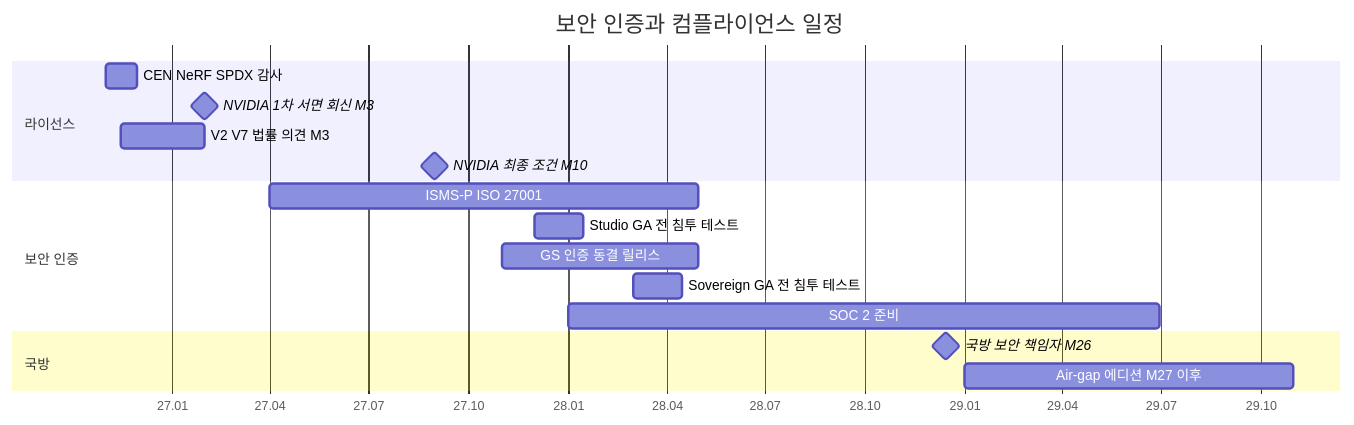
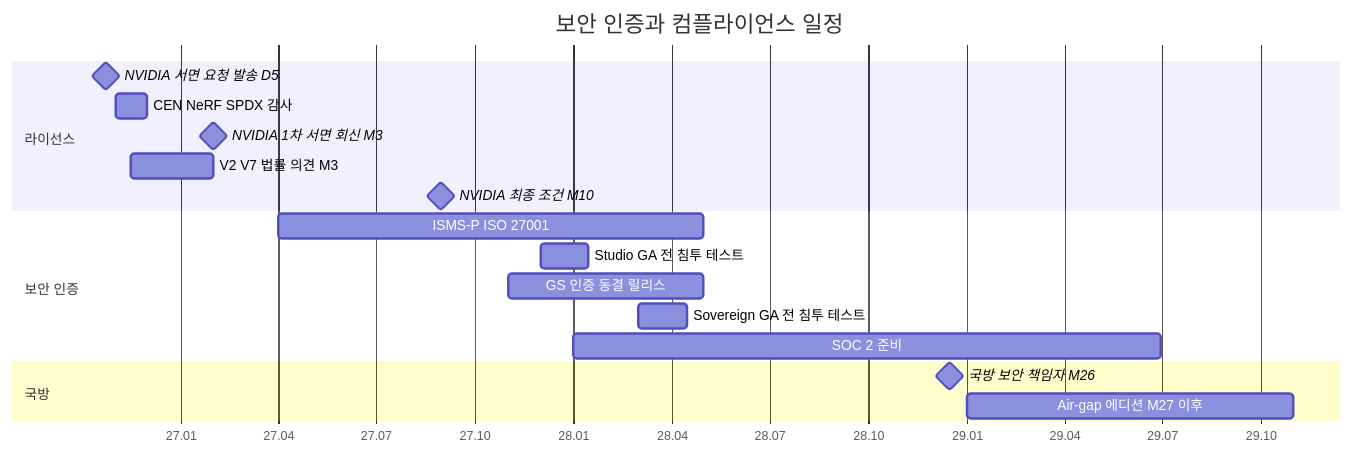
Before and after one commit to ouremployeeces-ship-it/AIResearch: the fourth of 4 diagrams in docs/digital-twin-platform/11-risk-kpi-compliance.md, drawn with Mermaid. The commit also changed other lines of this file and 14 other files, not shown here.

````diff
--- a/docs/digital-twin-platform/11-risk-kpi-compliance.md
+++ b/docs/digital-twin-platform/11-risk-kpi-compliance.md
@@ -415,20 +447,21 @@
 ```mermaid
 gantt
     title 보안 인증과 컴플라이언스 일정
     dateFormat YYYY-MM-DD
     axisFormat %y.%m
     section 라이선스
+    NVIDIA 서면 요청 발송 D5         :milestone, l0, 2026-10-23, 0d
     CEN NeRF SPDX 감사              :l1, 2026-11-01, 2026-11-30
     NVIDIA 1차 서면 회신 M3          :milestone, l2, 2027-01-31, 0d
     V2 V7 법률 의견 M3               :l3, 2026-11-15, 2027-01-31
     NVIDIA 최종 조건 M10             :milestone, l4, 2027-08-31, 0d
     section 보안 인증
     ISMS-P ISO 27001                 :s1, 2027-04-01, 2028-04-30
     Studio GA 전 침투 테스트         :s2, 2027-12-01, 2028-01-15
     GS 인증 동결 릴리스              :s3, 2027-11-01, 2028-04-30
     Sovereign GA 전 침투 테스트      :s4, 2028-03-01, 2028-04-15
     SOC 2 준비                       :s5, 2028-01-01, 2029-06-30
     section 국방
     국방 보안 책임자 M26             :milestone, d1, 2028-12-15, 0d
     Air-gap 에디션 M27 이후          :d2, 2029-01-01, 2029-10-31
 ```
````
